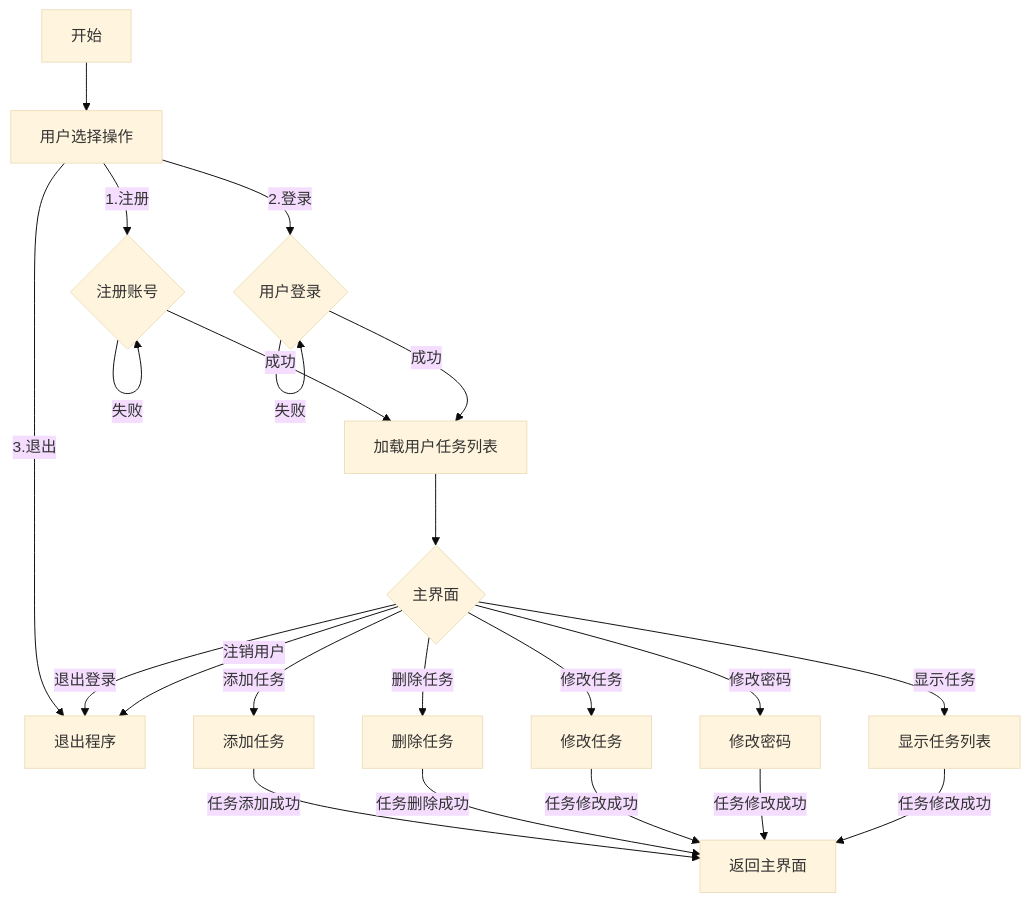
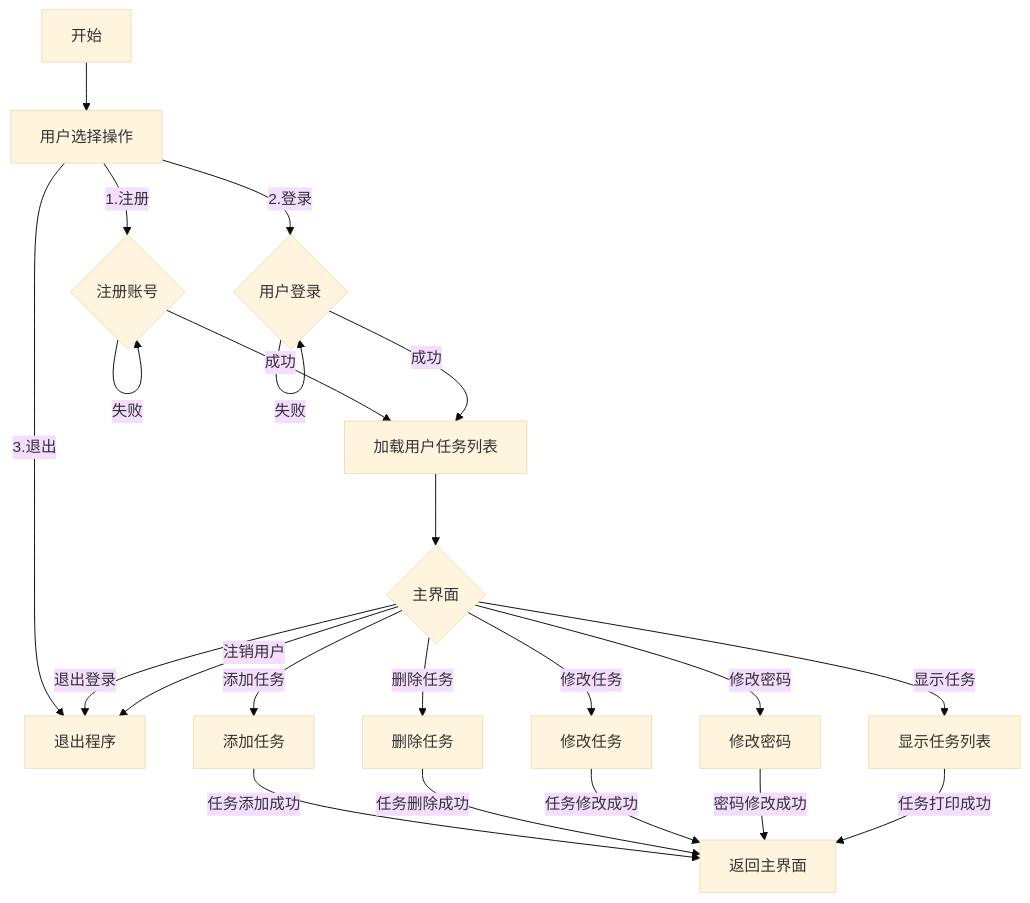
One commit to youyeyejie/NIS1336_2023-2024-3 changed the diagram in doc/design.md. Above: the diagram before and after it, drawn with Mermaid (base theme). The commit also changed other lines of this file and 1 other file, not shown here.

Commit message:
add design document

````diff
--- a/doc/design.md
+++ b/doc/design.md
@@ -58,29 +58,29 @@
 ```mermaid
 graph TB
     A[开始] --> B[用户选择操作]
     B -->|1.注册| C{注册账号}
     B -->|2.登录| D{用户登录}
     B -->|3.退出| E[退出程序]
     
     C -->|成功| H
     C -->|失败| C
     
     D -->|成功| H[加载用户任务列表]
     D -->|失败| D
     
     H --> J{主界面}
     J --> |显示任务| K[显示任务列表]
     J --> |添加任务| L[添加任务]
     J --> |删除任务| M[删除任务]
     J --> |修改任务| N[修改任务]
     J --> |修改密码| O[修改密码]
     J --> |退出登录| E
     J --> |注销用户| E
     
     L --> |任务添加成功| Q[返回主界面]
     M --> |任务删除成功| Q
     N --> |任务修改成功| Q
-    O --> |任务修改成功| Q
-    K --> |任务修改成功| Q
+    O --> |密码修改成功| Q
+    K --> |任务打印成功| Q
 
 ```
````
